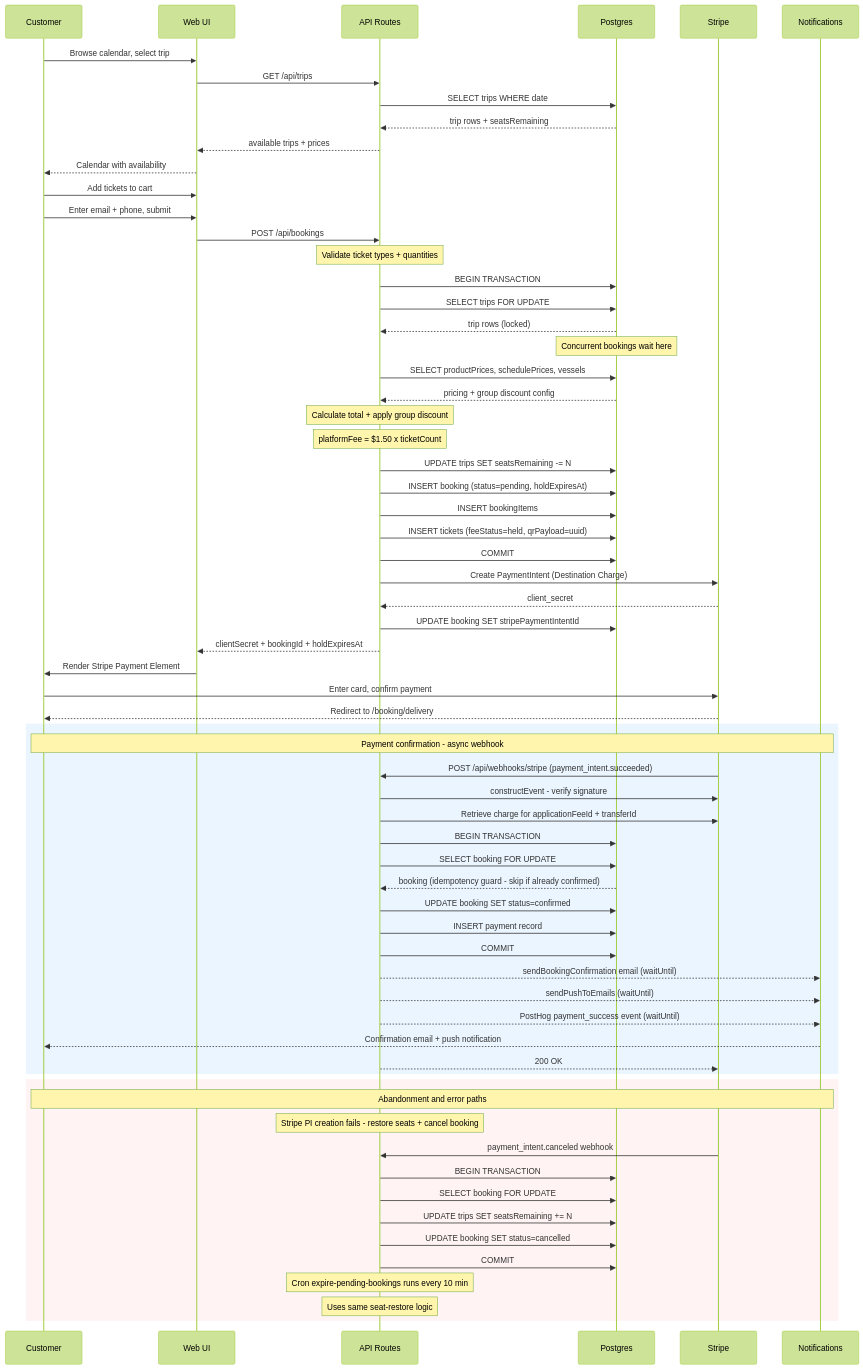
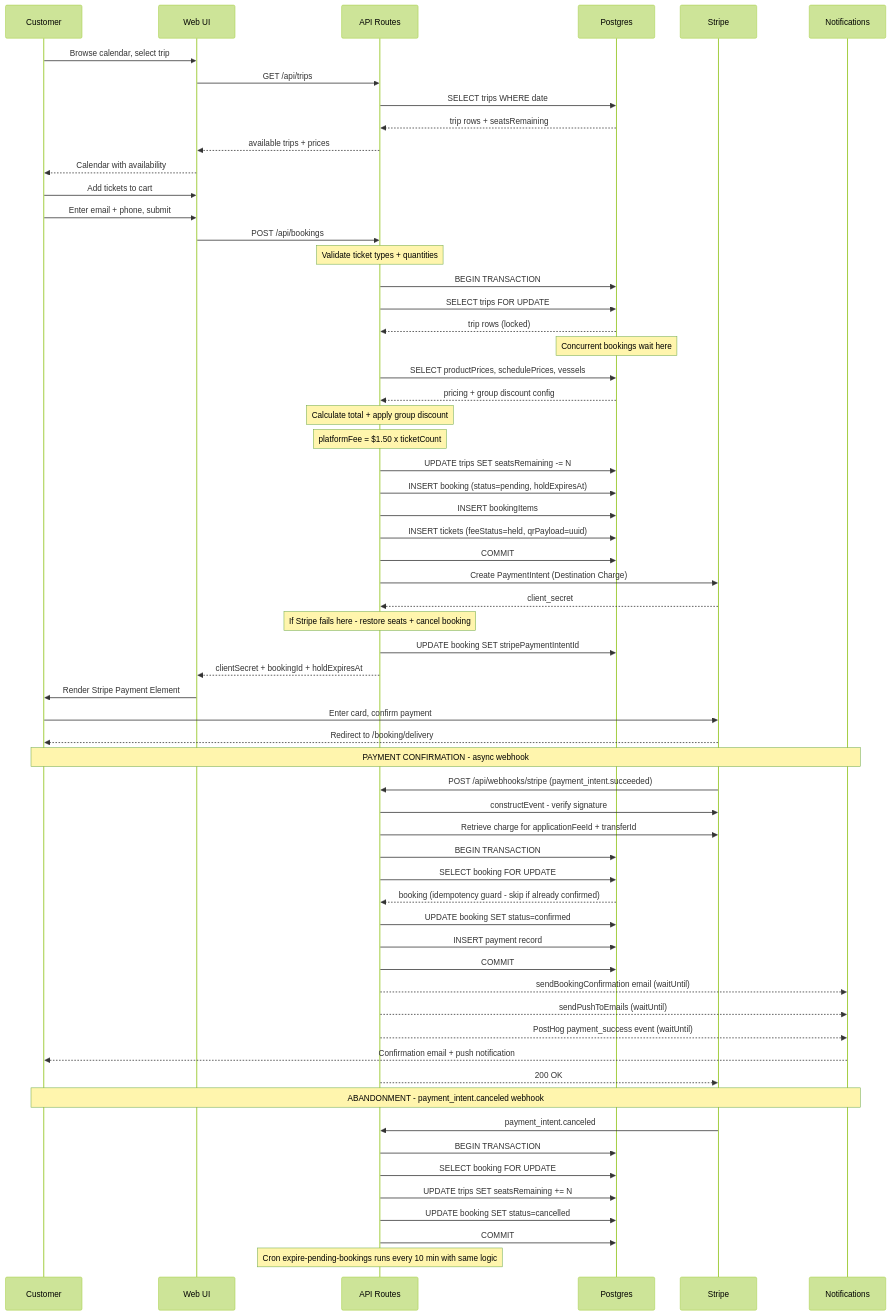
The diagram in docs/booking-flow-sequence.md (allonyaron/open-boat-fishing), drawn with Mermaid (forest theme) before and after one commit. The commit also changed 1 other file, not shown here.

Commit message:
Remove rect blocks and bare alt clauses for VS Code Mermaid compatibility

````diff
--- a/docs/booking-flow-sequence.md
+++ b/docs/booking-flow-sequence.md
@@ -3,82 +3,73 @@
 ```mermaid
 sequenceDiagram
     participant C as Customer
     participant UI as Web UI
     participant API as API Routes
     participant DB as Postgres
     participant S as Stripe
     participant N as Notifications
 
     C->>UI: Browse calendar, select trip
     UI->>API: GET /api/trips
     API->>DB: SELECT trips WHERE date
     DB-->>API: trip rows + seatsRemaining
     API-->>UI: available trips + prices
     UI-->>C: Calendar with availability
 
     C->>UI: Add tickets to cart
     C->>UI: Enter email + phone, submit
 
     UI->>API: POST /api/bookings
     Note over API: Validate ticket types + quantities
 
     API->>DB: BEGIN TRANSACTION
     API->>DB: SELECT trips FOR UPDATE
     DB-->>API: trip rows (locked)
     Note over DB: Concurrent bookings wait here
 
     API->>DB: SELECT productPrices, schedulePrices, vessels
     DB-->>API: pricing + group discount config
     Note over API: Calculate total + apply group discount
     Note over API: platformFee = $1.50 x ticketCount
 
     API->>DB: UPDATE trips SET seatsRemaining -= N
     API->>DB: INSERT booking (status=pending, holdExpiresAt)
     API->>DB: INSERT bookingItems
     API->>DB: INSERT tickets (feeStatus=held, qrPayload=uuid)
     API->>DB: COMMIT
 
     API->>S: Create PaymentIntent (Destination Charge)
     S-->>API: client_secret
+    Note over API: If Stripe fails here - restore seats + cancel booking
     API->>DB: UPDATE booking SET stripePaymentIntentId
     API-->>UI: clientSecret + bookingId + holdExpiresAt
 
     UI->>C: Render Stripe Payment Element
     C->>S: Enter card, confirm payment
     S-->>C: Redirect to /booking/delivery
 
-    rect rgb(235, 245, 255)
-        Note over C,N: Payment confirmation - async webhook
-        S->>API: POST /api/webhooks/stripe (payment_intent.succeeded)
-        API->>S: constructEvent - verify signature
-        API->>S: Retrieve charge for applicationFeeId + transferId
+    Note over C,N: PAYMENT CONFIRMATION - async webhook
+    S->>API: POST /api/webhooks/stripe (payment_intent.succeeded)
+    API->>S: constructEvent - verify signature
+    API->>S: Retrieve charge for applicationFeeId + transferId
+    API->>DB: BEGIN TRANSACTION
+    API->>DB: SELECT booking FOR UPDATE
+    DB-->>API: booking (idempotency guard - skip if already confirmed)
+    API->>DB: UPDATE booking SET status=confirmed
+    API->>DB: INSERT payment record
+    API->>DB: COMMIT
+    API-->>N: sendBookingConfirmation email (waitUntil)
+    API-->>N: sendPushToEmails (waitUntil)
+    API-->>N: PostHog payment_success event (waitUntil)
+    N-->>C: Confirmation email + push notification
+    API-->>S: 200 OK
 
-        API->>DB: BEGIN TRANSACTION
-        API->>DB: SELECT booking FOR UPDATE
-        DB-->>API: booking (idempotency guard - skip if already confirmed)
-        API->>DB: UPDATE booking SET status=confirmed
-        API->>DB: INSERT payment record
-        API->>DB: COMMIT
-
-        API-->>N: sendBookingConfirmation email (waitUntil)
-        API-->>N: sendPushToEmails (waitUntil)
-        API-->>N: PostHog payment_success event (waitUntil)
-        N-->>C: Confirmation email + push notification
-        API-->>S: 200 OK
-    end
-
-    rect rgb(255, 243, 243)
-        Note over C,N: Abandonment and error paths
-        Note over API: Stripe PI creation fails - restore seats + cancel booking
-
-        S->>API: payment_intent.canceled webhook
-        API->>DB: BEGIN TRANSACTION
-        API->>DB: SELECT booking FOR UPDATE
-        API->>DB: UPDATE trips SET seatsRemaining += N
-        API->>DB: UPDATE booking SET status=cancelled
-        API->>DB: COMMIT
-
-        Note over API: Cron expire-pending-bookings runs every 10 min
-        Note over API: Uses same seat-restore logic
-    end
+    Note over C,N: ABANDONMENT - payment_intent.canceled webhook
+    S->>API: payment_intent.canceled
+    API->>DB: BEGIN TRANSACTION
+    API->>DB: SELECT booking FOR UPDATE
+    API->>DB: UPDATE trips SET seatsRemaining += N
+    API->>DB: UPDATE booking SET status=cancelled
+    API->>DB: COMMIT
+    Note over API: Cron expire-pending-bookings runs every 10 min with same logic
 ```
````
